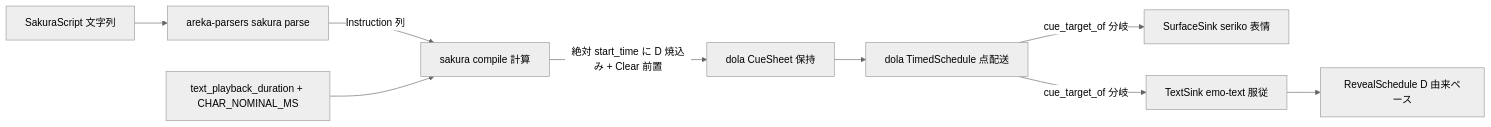
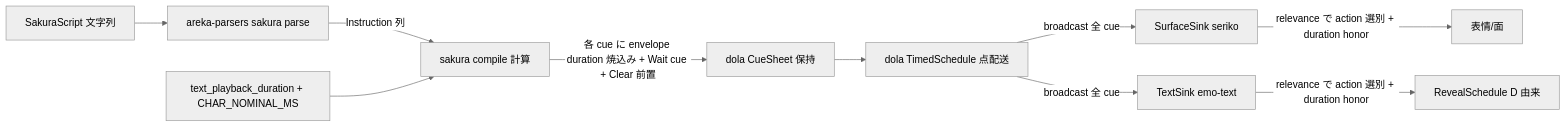
The first of 3 diagrams in .kiro/specs/areka-P0-cue-playback-duration/design.md (ekicyou/areka), drawn with Mermaid (neutral theme) before and after one commit. The commit also changed other lines of this file and 2 other files, not shown here.

First line of the commit message:
docs(areka-P0-cue-playback-duration): resolve design discussion #1 - cue再生モデル(envelope一律duration/第一級Wait cue/broadcast配送/honor契約)

````diff
--- a/.kiro/specs/areka-P0-cue-playback-duration/design.md
+++ b/.kiro/specs/areka-P0-cue-playback-duration/design.md
@@ -71,11 +80,12 @@
 ```mermaid
 graph LR
     Script[SakuraScript 文字列] --> Parse[areka-parsers sakura parse]
     Parse -->|Instruction 列| Compile[sakura compile 計算]
     Nominal[text_playback_duration + CHAR_NOMINAL_MS] --> Compile
-    Compile -->|絶対 start_time に D 焼込み + Clear 前置| Sheet[dola CueSheet 保持]
+    Compile -->|各 cue に envelope duration 焼込み + Wait cue + Clear 前置| Sheet[dola CueSheet 保持]
     Sheet --> Schedule[dola TimedSchedule 点配送]
-    Schedule -->|cue_target_of 分岐| SurfaceSink[SurfaceSink seriko 表情]
-    Schedule -->|cue_target_of 分岐| TextSink[TextSink emo-text 服従]
-    TextSink --> Reveal[RevealSchedule D 由来ペース]
+    Schedule -->|broadcast 全 cue| SurfaceSink[SurfaceSink seriko]
+    Schedule -->|broadcast 全 cue| TextSink[TextSink emo-text]
+    SurfaceSink -->|relevance で action 選別 + duration honor| SurfDraw[表情/面]
+    TextSink -->|relevance で action 選別 + duration honor| Reveal[RevealSchedule D 由来]
 ```
````
